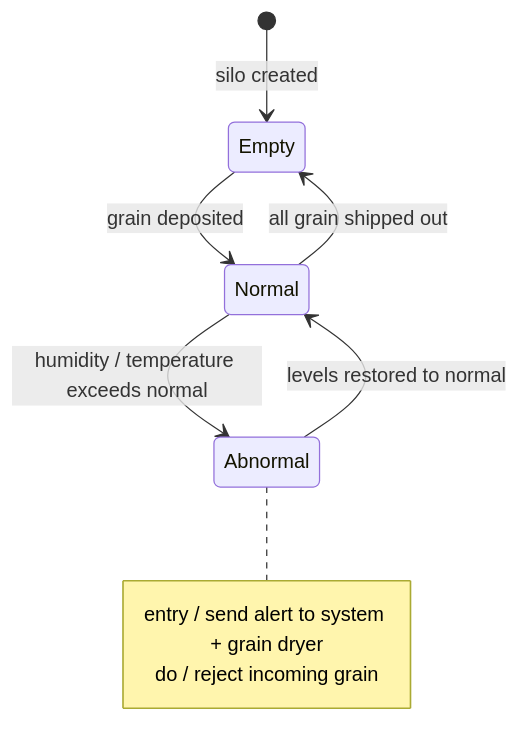
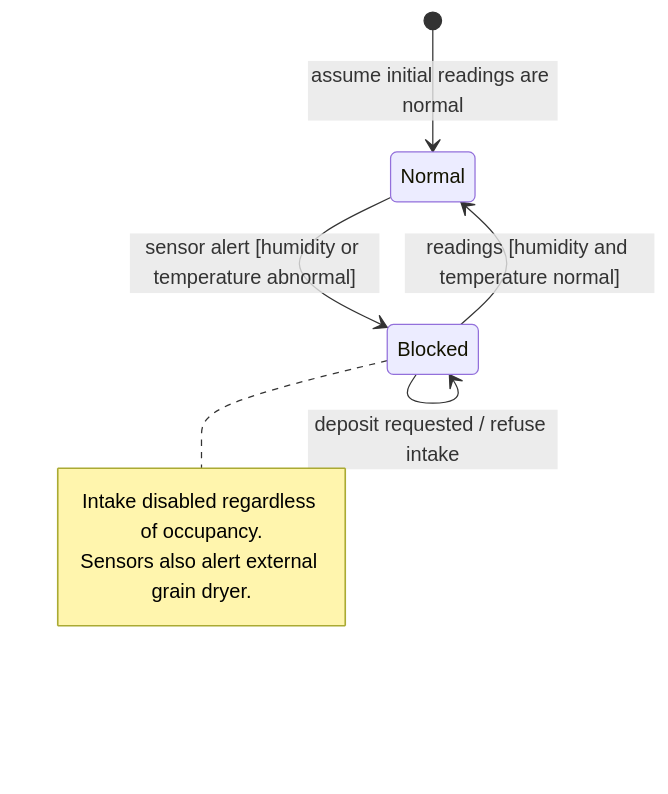
One commit to lekekbot/ntu-cs changed diagram 27 of 41 in sc2006/SC2006_Study_Guide.md. Above: the diagram before and after it, drawn with Mermaid. The commit also changed other lines of this file, not shown here.

````diff
--- a/sc2006/SC2006_Study_Guide.md
+++ b/sc2006/SC2006_Study_Guide.md
@@ -2306,12 +2349,11 @@
 ```mermaid
 stateDiagram-v2
-    [*] --> Empty : silo created
-    Empty --> Normal : grain deposited
-    Normal --> Abnormal : humidity / temperature exceeds normal
-    Abnormal --> Normal : levels restored to normal
-    Normal --> Empty : all grain shipped out
-    note right of Abnormal
-        entry / send alert to system + grain dryer
-        do / reject incoming grain
+    [*] --> Normal : assume initial readings are normal
+    Normal --> Blocked : sensor alert [humidity or temperature abnormal]
+    Blocked --> Normal : readings [humidity and temperature normal]
+    Blocked --> Blocked : deposit requested / refuse intake
+    note right of Blocked
+        Intake disabled regardless of occupancy.
+        Sensors also alert external grain dryer.
     end note
 ```
````
